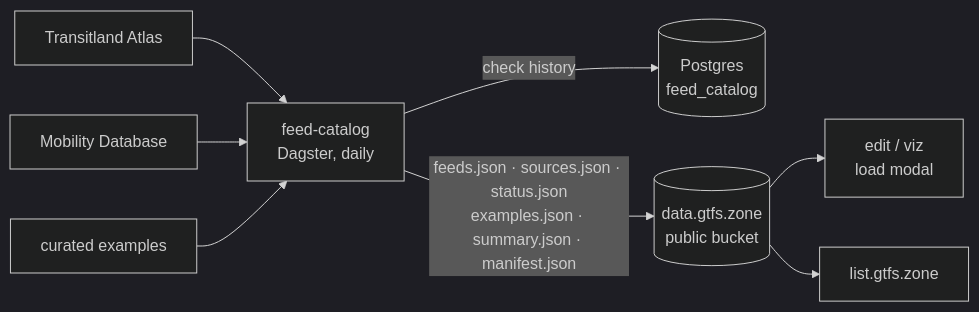
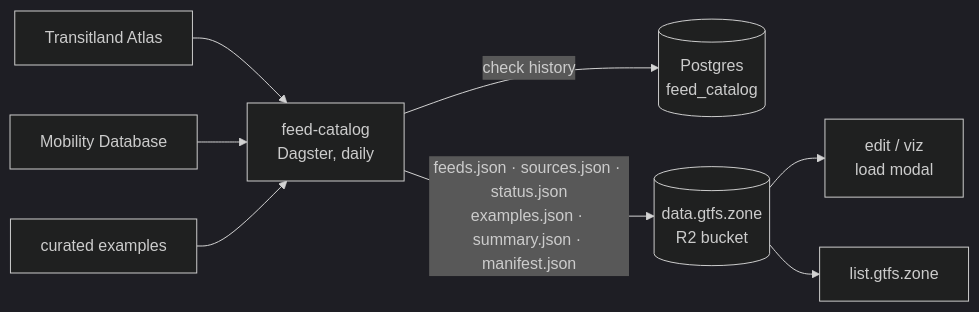
Before and after one commit to gtfs-zone/gtfs-zone-infra: the sixth of 8 diagrams in README.md, drawn with Mermaid (dark theme). The commit also changed other lines of this file and 6 other files, not shown here.

````diff
--- a/README.md
+++ b/README.md
@@ -429,17 +425,17 @@
 ```mermaid
 flowchart LR
     tl["Transitland Atlas"]
     mdb["Mobility Database"]
     ex["curated examples"]
     gc["feed-catalog<br>Dagster, daily"]
     pg[("Postgres<br>feed_catalog")]
-    bucket[("data.gtfs.zone<br>public bucket")]
+    bucket[("data.gtfs.zone<br>R2 bucket")]
     edit["edit / viz<br>load modal"]
     list["list.gtfs.zone"]
 
     tl & mdb & ex --> gc
     gc -->|"check history"| pg
     gc -->|"feeds.json · sources.json · status.json<br>examples.json · summary.json · manifest.json"| bucket
     bucket --> edit
     bucket --> list
 ```
````
